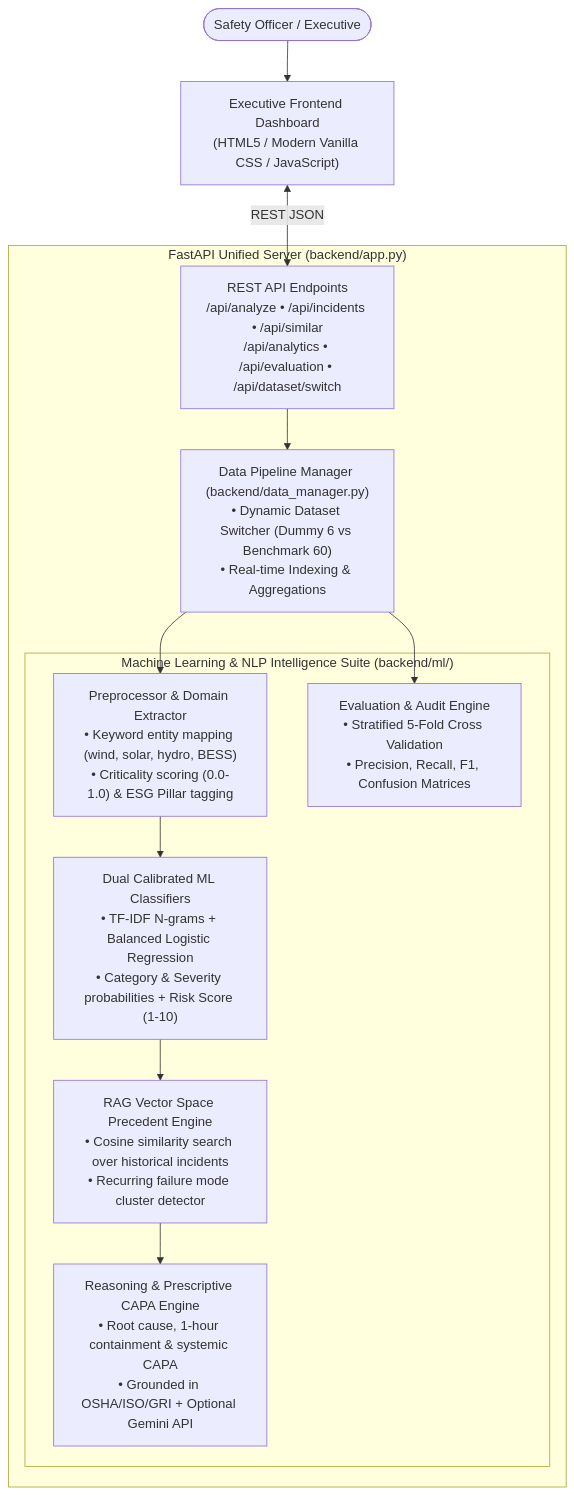
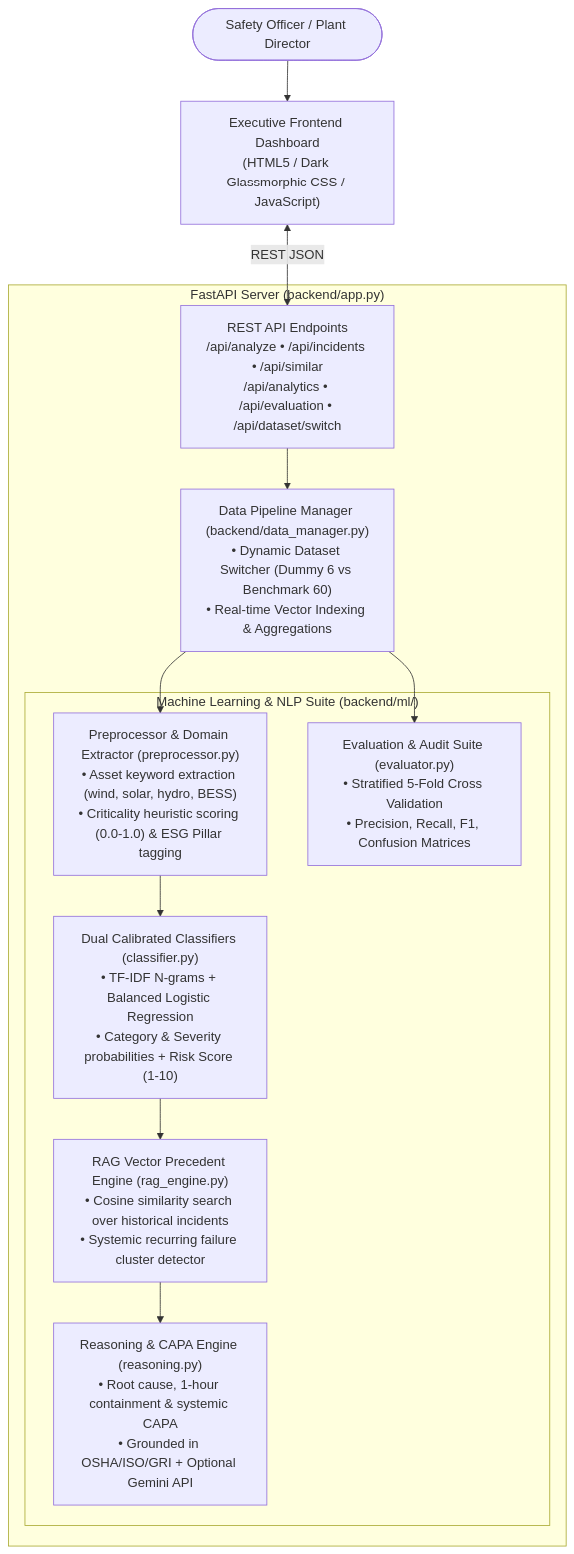
One commit to kishaaa8/safety_incident_intelligence_dashboard changed the first of 2 diagrams in README.md. Above: the diagram before and after it, drawn with Mermaid. The commit also changed other lines of this file, not shown here.

Commit message:
docs: align README with official submission checklist, demo notes, and evaluation results

````diff
--- a/README.md
+++ b/README.md
@@ -14,22 +31,22 @@
 ```mermaid
 flowchart TD
-    User([Safety Officer / Executive]) --> WebUI["Executive Frontend Dashboard<br/>(HTML5 / Modern Vanilla CSS / JavaScript)"]
+    User([Safety Officer / Plant Director]) --> WebUI["Executive Frontend Dashboard<br/>(HTML5 / Dark Glassmorphic CSS / JavaScript)"]
     
-    subgraph FastAPI_Unified_Backend["FastAPI Unified Server (backend/app.py)"]
+    subgraph FastAPI_Unified_Backend["FastAPI Server (backend/app.py)"]
         APIRoutes["REST API Endpoints<br/>/api/analyze • /api/incidents • /api/similar<br/>/api/analytics • /api/evaluation • /api/dataset/switch"]
-        DataMgr["Data Pipeline Manager (backend/data_manager.py)<br/>• Dynamic Dataset Switcher (Dummy 6 vs Benchmark 60)<br/>• Real-time Indexing & Aggregations"]
+        DataMgr["Data Pipeline Manager (backend/data_manager.py)<br/>• Dynamic Dataset Switcher (Dummy 6 vs Benchmark 60)<br/>• Real-time Vector Indexing & Aggregations"]
         
-        subgraph ML_Suite["Machine Learning & NLP Intelligence Suite (backend/ml/)"]
-            Preproc["Preprocessor & Domain Extractor<br/>• Keyword entity mapping (wind, solar, hydro, BESS)<br/>• Criticality scoring (0.0-1.0) & ESG Pillar tagging"]
-            Classifier["Dual Calibrated ML Classifiers<br/>• TF-IDF N-grams + Balanced Logistic Regression<br/>• Category & Severity probabilities + Risk Score (1-10)"]
-            RAGEngine["RAG Vector Space Precedent Engine<br/>• Cosine similarity search over historical incidents<br/>• Recurring failure mode cluster detector"]
-            Reasoning["Reasoning & Prescriptive CAPA Engine<br/>• Root cause, 1-hour containment & systemic CAPA<br/>• Grounded in OSHA/ISO/GRI + Optional Gemini API"]
-            Eval["Evaluation & Audit Engine<br/>• Stratified 5-Fold Cross Validation<br/>• Precision, Recall, F1, Confusion Matrices"]
+        subgraph ML_Suite["Machine Learning & NLP Suite (backend/ml/)"]
+            Preproc["Preprocessor & Domain Extractor (preprocessor.py)<br/>• Asset keyword extraction (wind, solar, hydro, BESS)<br/>• Criticality heuristic scoring (0.0-1.0) & ESG Pillar tagging"]
+            Classifier["Dual Calibrated Classifiers (classifier.py)<br/>• TF-IDF N-grams + Balanced Logistic Regression<br/>• Category & Severity probabilities + Risk Score (1-10)"]
+            RAGEngine["RAG Vector Precedent Engine (rag_engine.py)<br/>• Cosine similarity search over historical incidents<br/>• Systemic recurring failure cluster detector"]
+            Reasoning["Reasoning & CAPA Engine (reasoning.py)<br/>• Root cause, 1-hour containment & systemic CAPA<br/>• Grounded in OSHA/ISO/GRI + Optional Gemini API"]
+            Eval["Evaluation & Audit Suite (evaluator.py)<br/>• Stratified 5-Fold Cross Validation<br/>• Precision, Recall, F1, Confusion Matrices"]
         end
     end
     
     WebUI <-->|REST JSON| APIRoutes
     APIRoutes --> DataMgr
     DataMgr --> Preproc --> Classifier --> RAGEngine --> Reasoning
     DataMgr --> Eval
 ```
````
